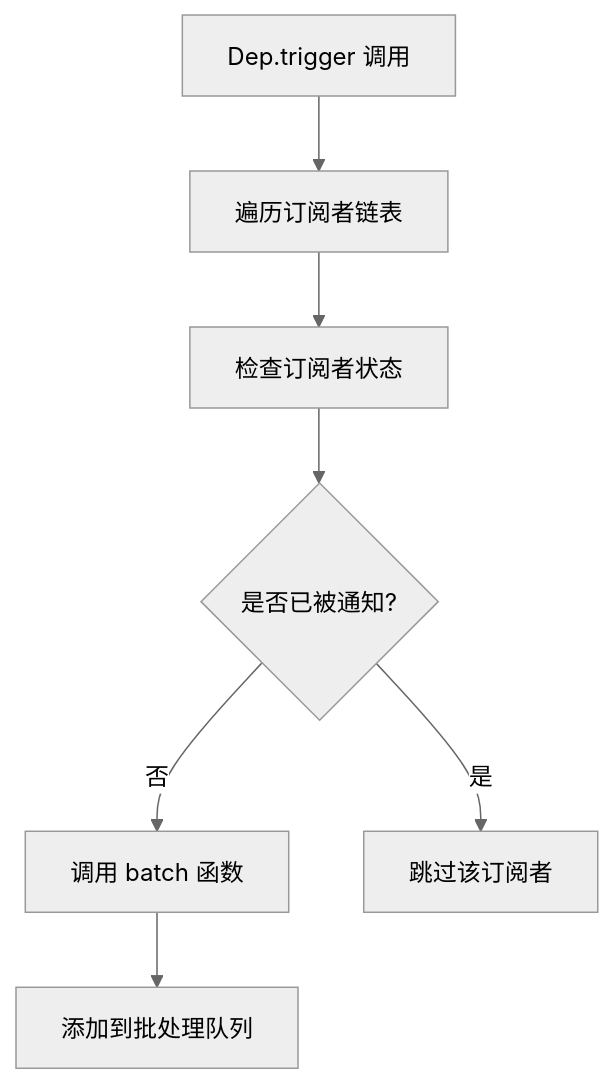
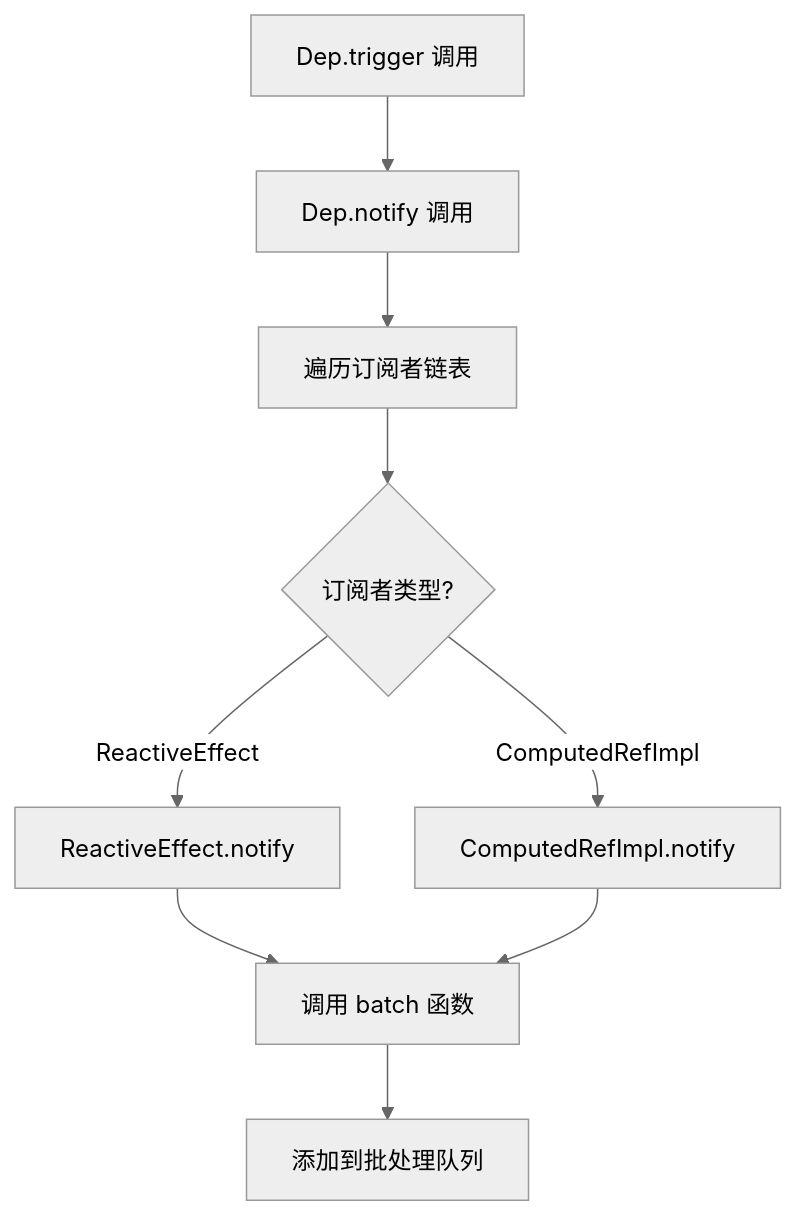
The third of 5 diagrams in analysis/Vue3响应式系统批处理执行流程详解.md (JZH189/vue3), drawn with Mermaid (neutral theme) before and after one commit. The commit also changed other lines of this file, not shown here.

````diff
--- a/analysis/Vue3响应式系统批处理执行流程详解.md
+++ b/analysis/Vue3响应式系统批处理执行流程详解.md
@@ -112,9 +205,11 @@
 ```mermaid
 graph TD
-    A[Dep.trigger 调用] --> B[遍历订阅者链表]
-    B --> C[检查订阅者状态]
-    C --> D{是否已被通知?}
-    D -->|否| E[调用 batch 函数]
-    D -->|是| F[跳过该订阅者]
-    E --> G[添加到批处理队列]
+    A[Dep.trigger 调用] --> B[Dep.notify 调用]
+    B --> C[遍历订阅者链表]
+    C --> D{订阅者类型?}
+    D -->|ReactiveEffect| E[ReactiveEffect.notify]
+    D -->|ComputedRefImpl| F[ComputedRefImpl.notify]
+    E --> G[调用 batch 函数]
+    F --> G
+    G --> H[添加到批处理队列]
 ```
````
